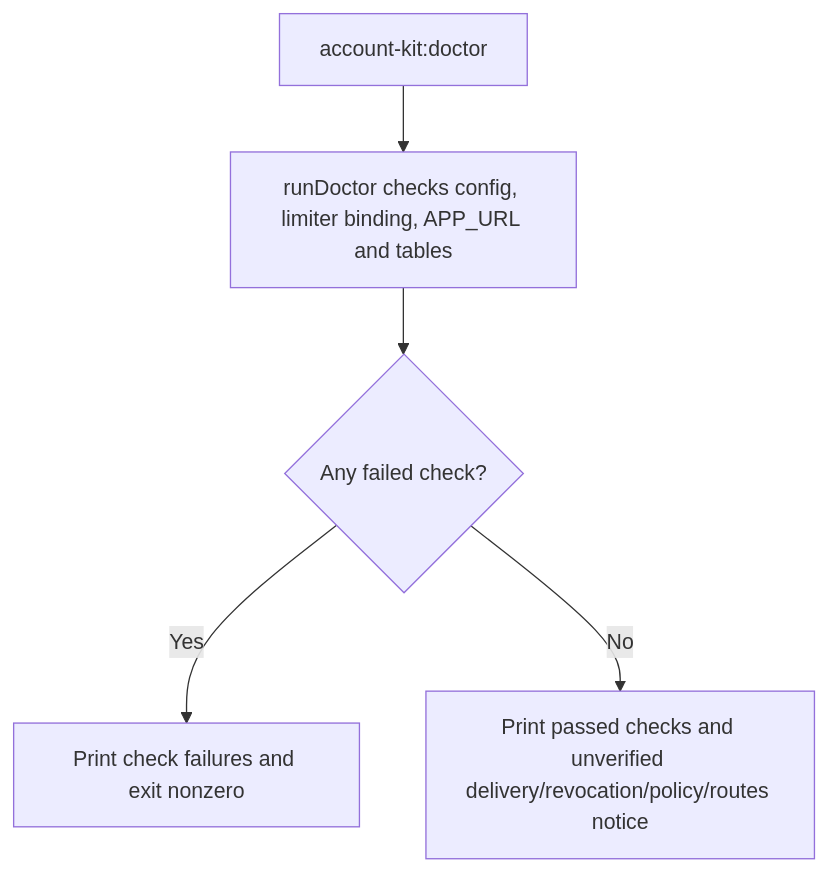
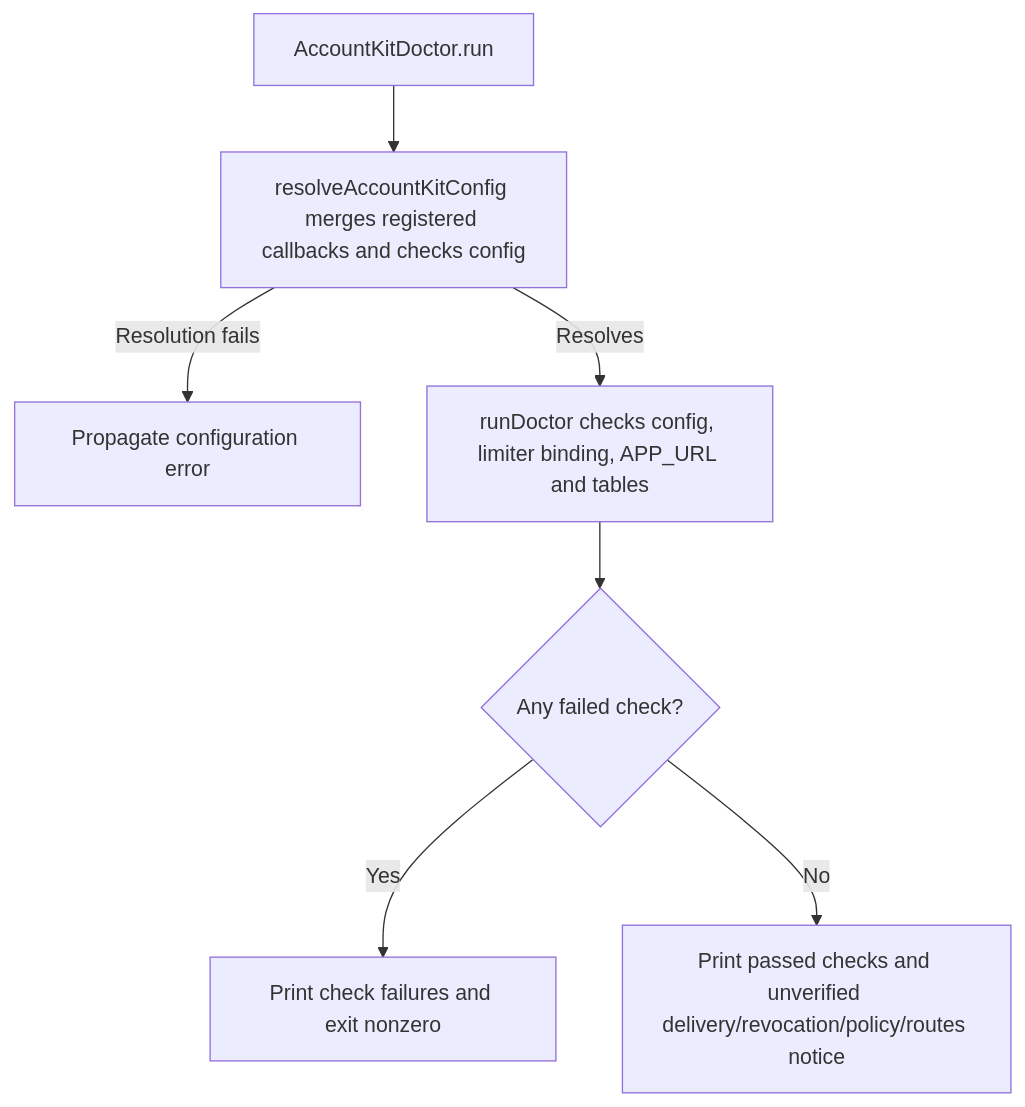
One commit to Kevinjohn/oss-adonisjs-account-kit changed the second of 2 diagrams in user-stories/US-ACCOUNT-32-diagnose-account-kit.md. Above: the diagram before and after it, drawn with Mermaid. The commit also changed other lines of this file and 70 other files, not shown here.

Commit message:
Refresh the Account Kit user story catalogue for 0.6.0

````diff
--- a/user-stories/US-ACCOUNT-32-diagnose-account-kit.md
+++ b/user-stories/US-ACCOUNT-32-diagnose-account-kit.md
@@ -30,7 +30,9 @@
 ```mermaid
 flowchart TD
- A["account-kit:doctor"] --> B["runDoctor checks config, limiter binding, APP_URL and tables"]
+ A["AccountKitDoctor.run"] --> R["resolveAccountKitConfig merges registered callbacks and checks config"]
+ R -->|Resolution fails| F["Propagate configuration error"]
+ R -->|Resolves| B["runDoctor checks config, limiter binding, APP_URL and tables"]
  B --> C{"Any failed check?"}
  C -->|Yes| D["Print check failures and exit nonzero"]
  C -->|No| E["Print passed checks and unverified delivery/revocation/policy/routes notice"]
 ```
````
